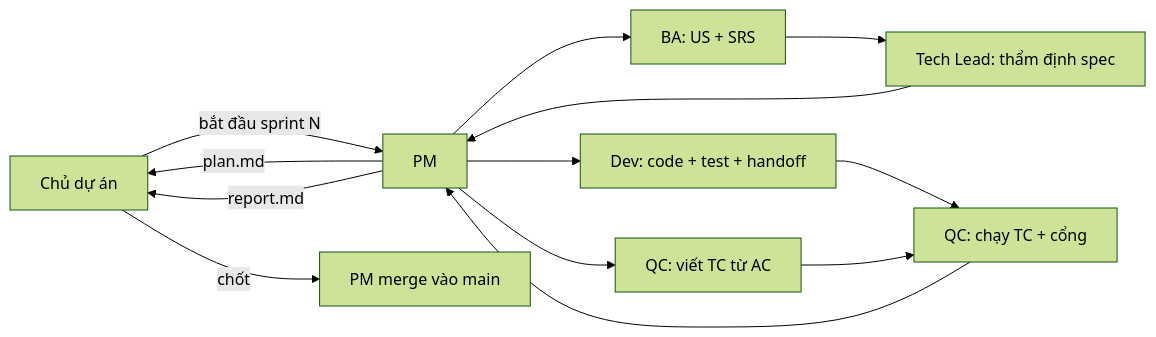
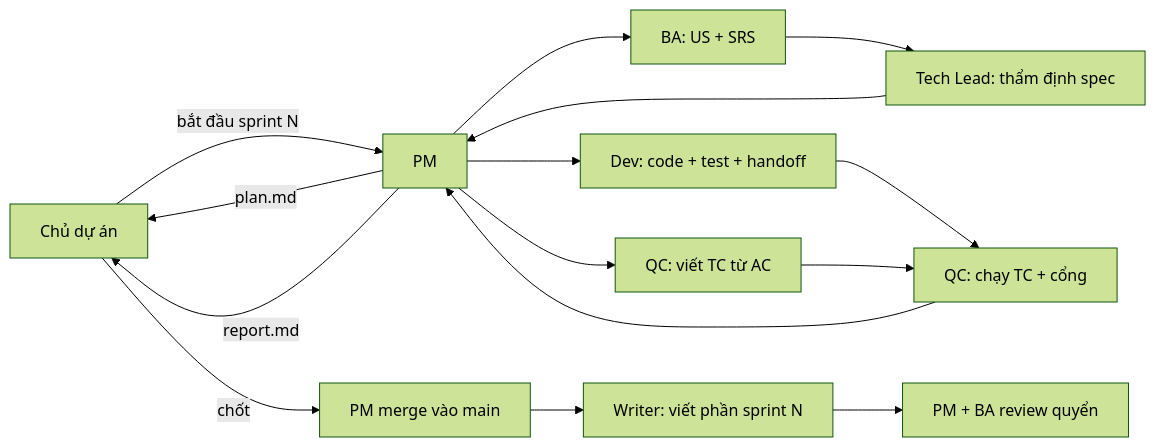
The second of 2 diagrams in README.md (kagamikuro1024/EduPilot-v2), drawn with Mermaid (forest theme) before and after one commit. The commit also changed other lines of this file and 5 other files, not shown here.

Commit message:
đội: thêm vai writer viết quyển đồ án (PM + BA review mỗi sprint)

````diff
--- a/README.md
+++ b/README.md
@@ -238,15 +239,17 @@
 ```mermaid
 flowchart LR
   O[Chủ dự án] -- "bắt đầu sprint N" --> PM
   PM -- plan.md --> O
   PM --> BA[BA: US + SRS]
   BA --> TL[Tech Lead: thẩm định spec]
   TL --> PM
   PM --> DEV[Dev: code + test + handoff]
   PM --> QC1[QC: viết TC từ AC]
   DEV --> QC2[QC: chạy TC + cổng]
   QC1 --> QC2
   QC2 --> PM
   PM -- report.md --> O
   O -- "chốt" --> M[PM merge vào main]
+  M --> W[Writer: viết phần sprint N]
+  W --> RV[PM + BA review quyển]
 ```
````
